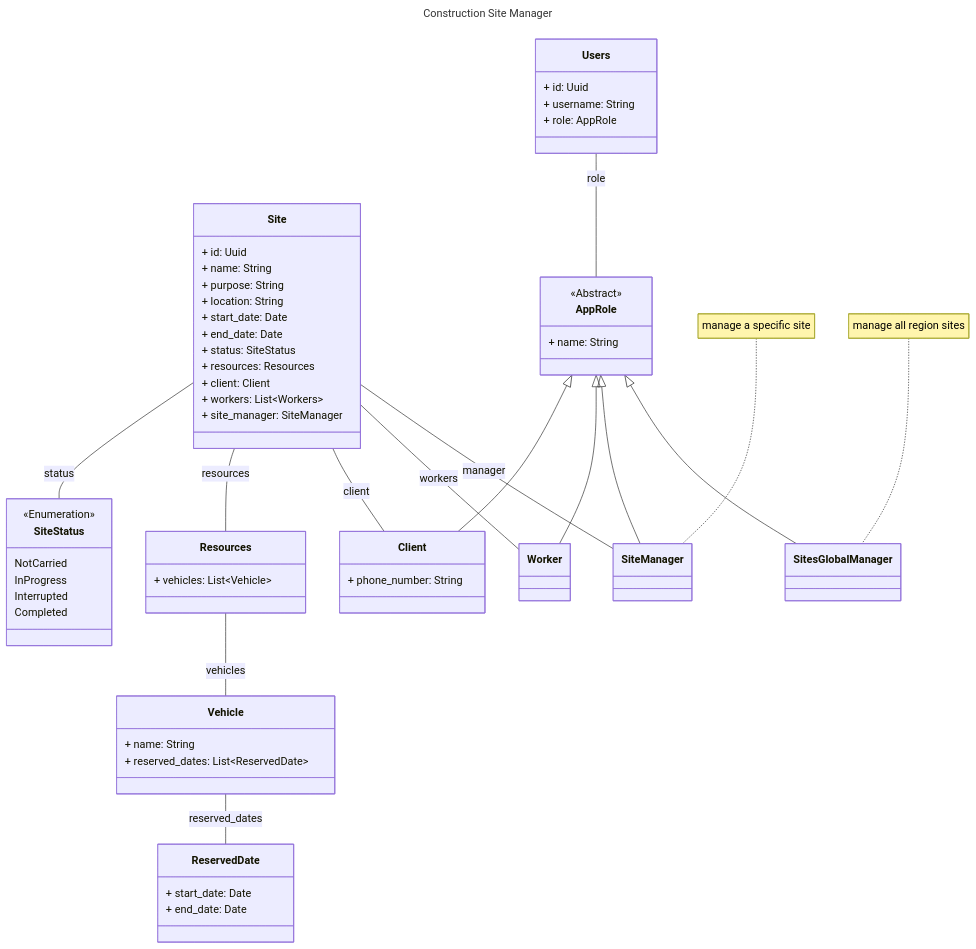
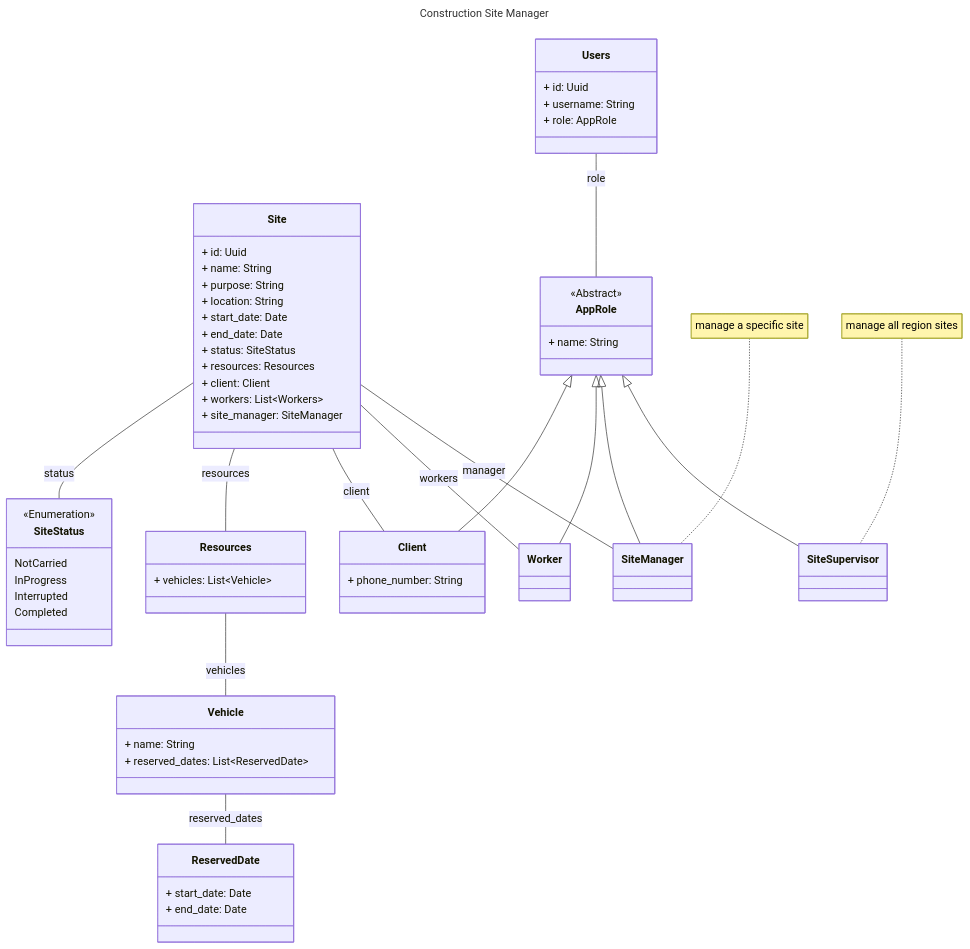
The diagram in README.md (Wabtey/mmm_construction_site_manager_back), drawn with Mermaid before and after one commit. The commit also changed other lines of this file and 3 other files, not shown here.

First line of the commit message:
style: :label: rename `SitesGlobalManager` to `SiteSupervisor`

````diff
--- a/README.md
+++ b/README.md
@@ -126,12 +130,12 @@
     class SiteManager {
     }
 
-    note for SitesGlobalManager "manage all region sites"
-    class SitesGlobalManager {
+    note for SiteSupervisor "manage all region sites"
+    class SiteSupervisor {
     }
 
     AppRole <|-- Client
     AppRole <|-- Worker
     AppRole <|-- SiteManager
-    AppRole <|-- SitesGlobalManager
+    AppRole <|-- SiteSupervisor
 ```
````
